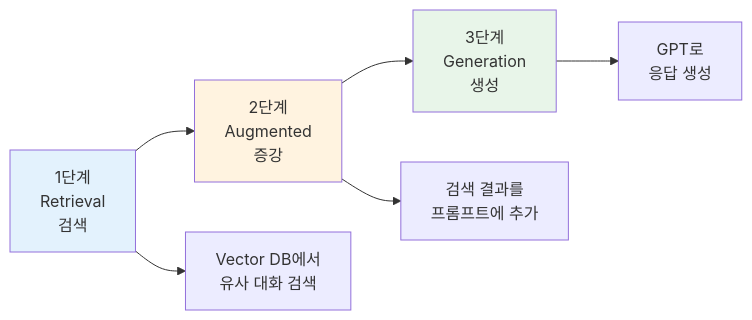
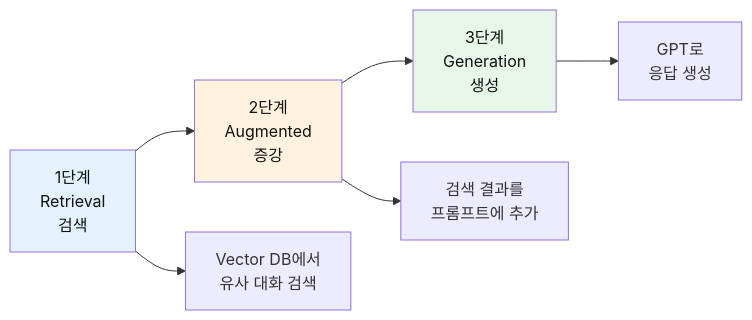
Diagram 21 of 23 in documents/6차식/6차시_고등_대화형스토리Agent_역공부.md (Collegenie-X/AIMakerLab_Web), drawn with Mermaid before and after one commit. The commit also changed other lines of this file and 24 other files, not shown here.

````diff
--- a/documents/6차식/6차시_고등_대화형스토리Agent_역공부.md
+++ b/documents/6차식/6차시_고등_대화형스토리Agent_역공부.md
@@ -1478,13 +1837,13 @@
 ```mermaid
 graph LR
     A[1단계<br/>Retrieval<br/>검색] --> B[2단계<br/>Augmented<br/>증강]
     B --> C[3단계<br/>Generation<br/>생성]
     
     A --> A1[Vector DB에서<br/>유사 대화 검색]
     B --> B1[검색 결과를<br/>프롬프트에 추가]
     C --> C1[GPT로<br/>응답 생성]
     
-    style A fill:#e3f2fd
-    style B fill:#fff3e0
-    style C fill:#e8f5e9
+    style A fill:#e3f2fd,color:#111
+    style B fill:#fff3e0,color:#111
+    style C fill:#e8f5e9,color:#111
 ```
````
